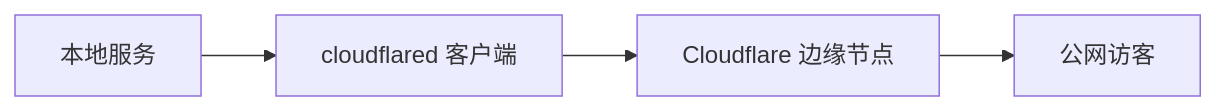
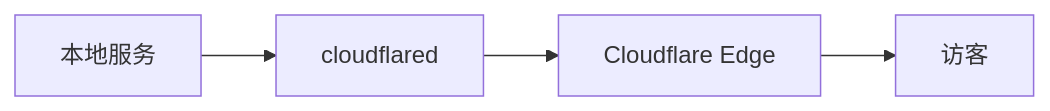
The first of 2 diagrams in src/content/posts/tunnels.md (qiuyuxc/fuwari), drawn with Mermaid before and after one commit. The commit also changed other lines of this file and 4 other files, not shown here.

Commit message:
删除部分文章图片链接,与修改文章

````diff
--- a/src/content/posts/tunnels.md
+++ b/src/content/posts/tunnels.md
@@ -48,4 +54,6 @@
 ```mermaid
 graph LR
-    A[本地服务] --> B[cloudflared 客户端] --> C[Cloudflare 边缘节点] --> D[公网访客]
+    A[本地服务] --> B[cloudflared]
+    B --> C[Cloudflare Edge]
+    C --> D[访客]
 ```
````
